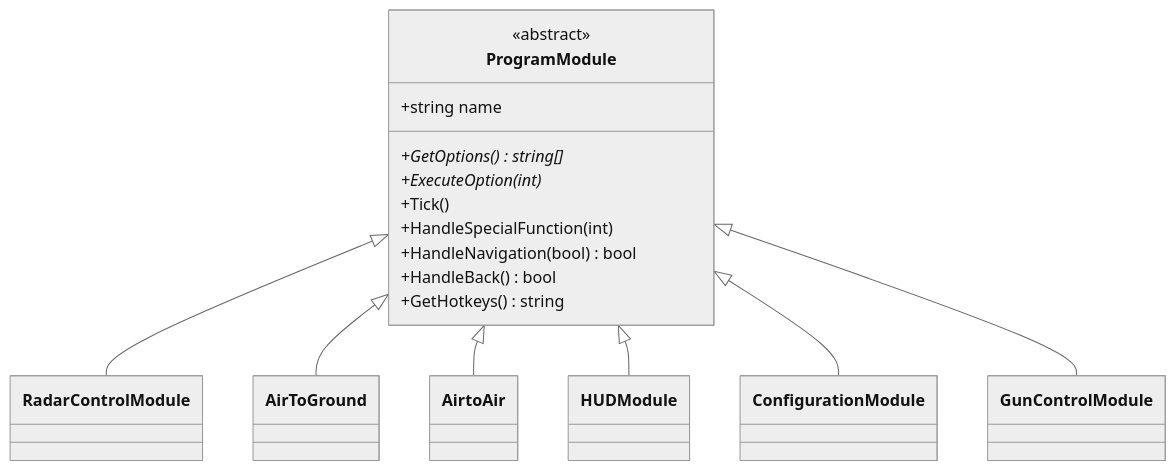
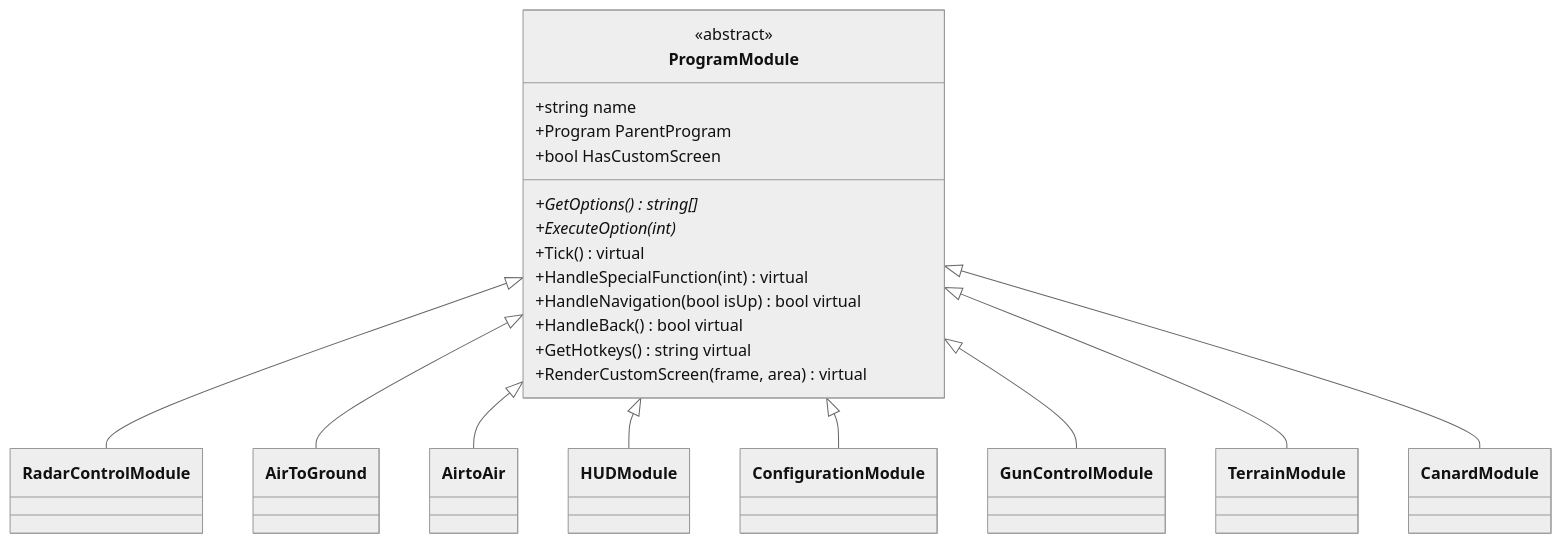
Before and after one commit to Terilia/JetOS: the fourth of 7 diagrams in docs/architecture.md, drawn with Mermaid (neutral theme). The commit also changed other lines of this file and 23 other files, not shown here.

````diff
--- a/docs/architecture.md
+++ b/docs/architecture.md
@@ -111,21 +185,26 @@
 ```mermaid
 classDiagram
     class ProgramModule {
         <<abstract>>
         +string name
+        +Program ParentProgram
+        +bool HasCustomScreen
         +GetOptions()* string[]
         +ExecuteOption(int)*
-        +Tick()
-        +HandleSpecialFunction(int)
-        +HandleNavigation(bool) bool
-        +HandleBack() bool
-        +GetHotkeys() string
+        +Tick() virtual
+        +HandleSpecialFunction(int) virtual
+        +HandleNavigation(bool isUp) bool virtual
+        +HandleBack() bool virtual
+        +GetHotkeys() string virtual
+        +RenderCustomScreen(frame, area) virtual
     }
 
     ProgramModule <|-- RadarControlModule
     ProgramModule <|-- AirToGround
     ProgramModule <|-- AirtoAir
     ProgramModule <|-- HUDModule
     ProgramModule <|-- ConfigurationModule
     ProgramModule <|-- GunControlModule
+    ProgramModule <|-- TerrainModule
+    ProgramModule <|-- CanardModule
 ```
````
